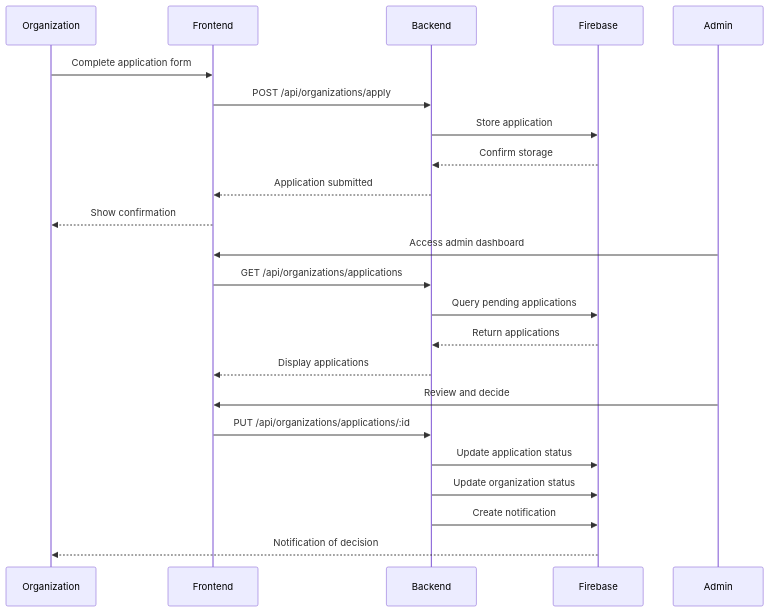
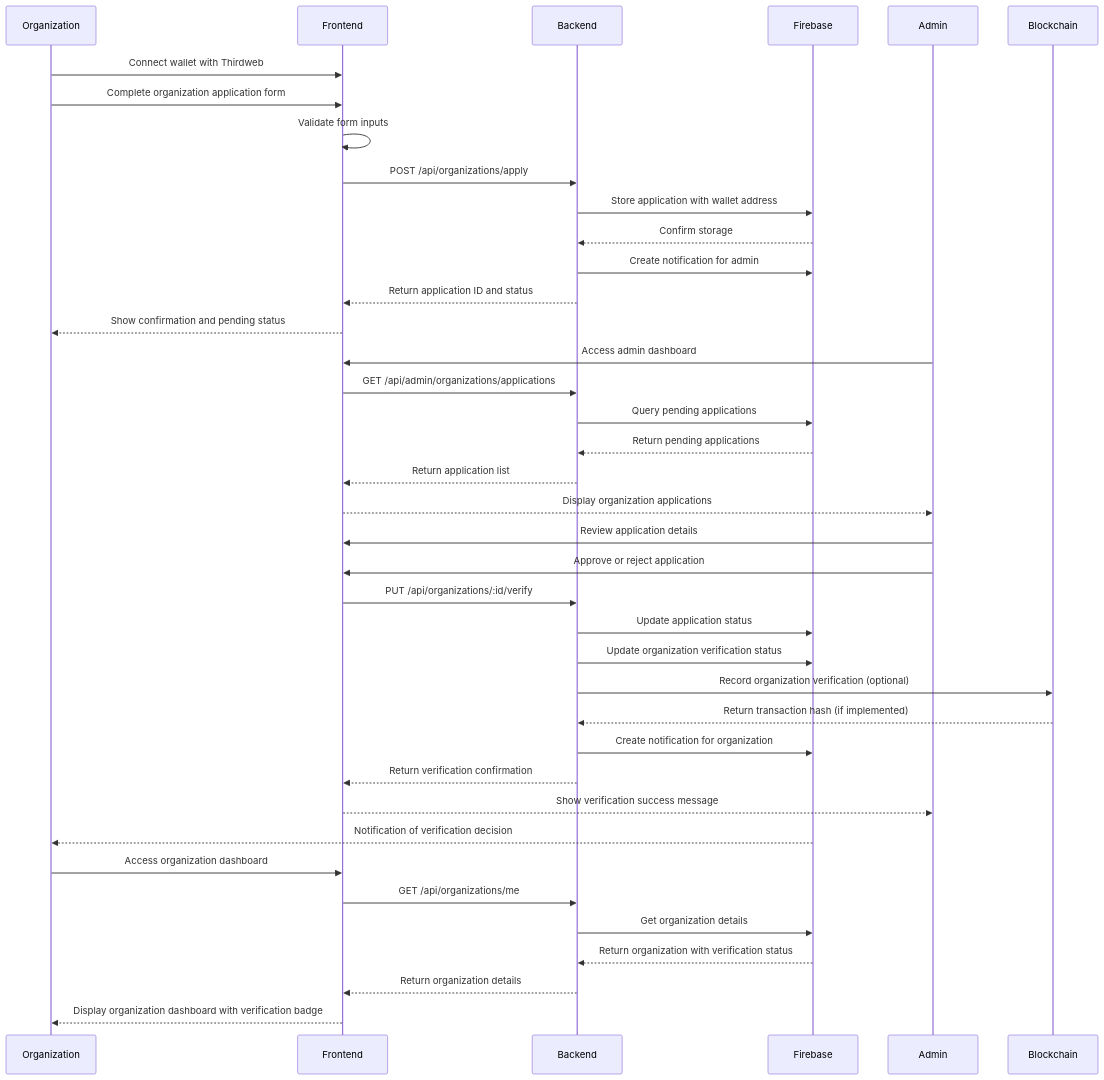
Before and after one commit to TheDonCipher/authentico-bolt: the diagram in docs/diagrams/organization-application-flow.md, drawn with Mermaid. The commit also changed 255 other files, not shown here.

````diff
--- a/docs/diagrams/organization-application-flow.md
+++ b/docs/diagrams/organization-application-flow.md
@@ -1,26 +1,45 @@
 ```mermaid
 sequenceDiagram
     participant Organization
     participant Frontend
     participant Backend
     participant Firebase
     participant Admin
+    participant Blockchain
 
-    Organization->>Frontend: Complete application form
+    Organization->>Frontend: Connect wallet with Thirdweb
+    Organization->>Frontend: Complete organization application form
+    Frontend->>Frontend: Validate form inputs
     Frontend->>Backend: POST /api/organizations/apply
-    Backend->>Firebase: Store application
+    Backend->>Firebase: Store application with wallet address
     Firebase-->>Backend: Confirm storage
-    Backend-->>Frontend: Application submitted
-    Frontend-->>Organization: Show confirmation
+    Backend->>Firebase: Create notification for admin
+    Backend-->>Frontend: Return application ID and status
+    Frontend-->>Organization: Show confirmation and pending status
+
     Admin->>Frontend: Access admin dashboard
-    Frontend->>Backend: GET /api/organizations/applications
+    Frontend->>Backend: GET /api/admin/organizations/applications
     Backend->>Firebase: Query pending applications
-    Firebase-->>Backend: Return applications
-    Backend-->>Frontend: Display applications
-    Admin->>Frontend: Review and decide
-    Frontend->>Backend: PUT /api/organizations/applications/:id
+    Firebase-->>Backend: Return pending applications
+    Backend-->>Frontend: Return application list
+    Frontend-->>Admin: Display organization applications
+
+    Admin->>Frontend: Review application details
+    Admin->>Frontend: Approve or reject application
+    Frontend->>Backend: PUT /api/organizations/:id/verify
     Backend->>Firebase: Update application status
-    Backend->>Firebase: Update organization status
-    Backend->>Firebase: Create notification
-    Firebase-->>Organization: Notification of decision
+    Backend->>Firebase: Update organization verification status
+    Backend->>Blockchain: Record organization verification (optional)
+    Blockchain-->>Backend: Return transaction hash (if implemented)
+    Backend->>Firebase: Create notification for organization
+    Backend-->>Frontend: Return verification confirmation
+    Frontend-->>Admin: Show verification success message
+
+    Firebase-->>Organization: Notification of verification decision
+    Organization->>Frontend: Access organization dashboard
+    Frontend->>Backend: GET /api/organizations/me
+    Backend->>Firebase: Get organization details
+    Firebase-->>Backend: Return organization with verification status
+    Backend-->>Frontend: Return organization details
+    Frontend-->>Organization: Display organization dashboard with verification badge
 ```
````
